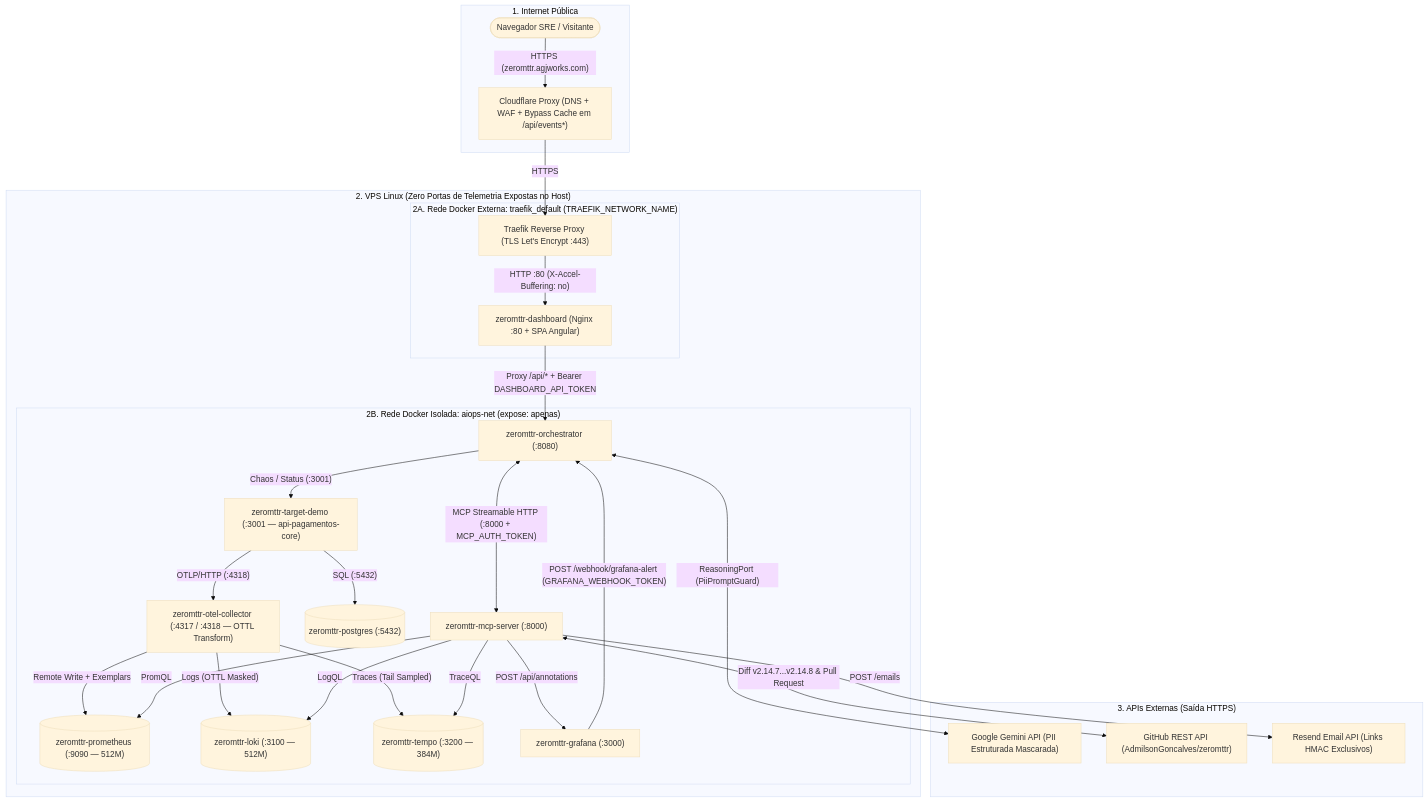
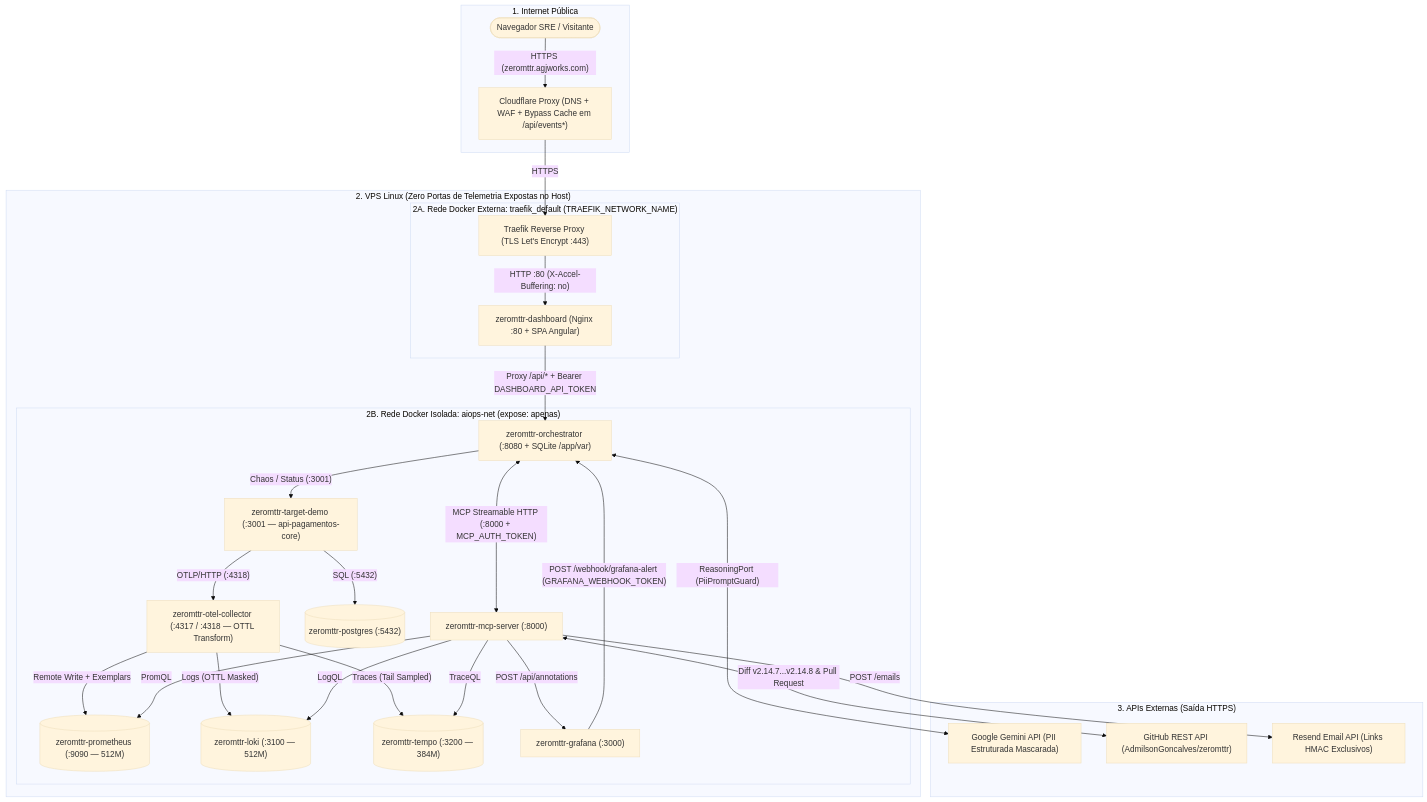
One commit to AdmilsonGoncalves/zeromttr changed the sixth of 6 diagrams in docs/pt-BR/01_system_diagrams.md. Above: the diagram before and after it, drawn with Mermaid (base theme). The commit also changed other lines of this file and 31 other files, not shown here.

First line of the commit message:
docs: sync READMEs, architecture, ADRs and tech specs in PT/EN/ES

````diff
--- a/docs/pt-BR/01_system_diagrams.md
+++ b/docs/pt-BR/01_system_diagrams.md
@@ -463,56 +481,56 @@
 ```mermaid
 flowchart TD
     subgraph Internet["1. Internet Pública"]
         USER(["Navegador SRE / Visitante"])
         CF["Cloudflare Proxy (DNS + WAF + Bypass Cache em /api/events*)"]
     end
 
     subgraph VPS["2. VPS Linux (Zero Portas de Telemetria Expostas no Host)"]
         subgraph Rede_Externa["2A. Rede Docker Externa: traefik_default (TRAEFIK_NETWORK_NAME)"]
             TRAEFIK["Traefik Reverse Proxy (TLS Let's Encrypt :443)"]
             DASH["zeromttr-dashboard (Nginx :80 + SPA Angular)"]
         end
 
         subgraph Rede_Interna["2B. Rede Docker Isolada: aiops-net (expose: apenas)"]
-            ORCH["zeromttr-orchestrator (:8080)"]
+            ORCH["zeromttr-orchestrator (:8080 + SQLite /app/var)"]
             MCP["zeromttr-mcp-server (:8000)"]
             DEMO["zeromttr-target-demo (:3001 — api-pagamentos-core)"]
             PG[("zeromttr-postgres (:5432)")]
             OTEL["zeromttr-otel-collector (:4317 / :4318 — OTTL Transform)"]
             PROM[("zeromttr-prometheus (:9090 — 512M)")]
             LOKI[("zeromttr-loki (:3100 — 512M)")]
             TEMPO[("zeromttr-tempo (:3200 — 384M)")]
             GRAF["zeromttr-grafana (:3000)"]
         end
     end
 
     subgraph Cloud_APIs["3. APIs Externas (Saída HTTPS)"]
         GEMINI["Google Gemini API (PII Estruturada Mascarada)"]
         GITHUB["GitHub REST API (AdmilsonGoncalves/zeromttr)"]
         RESEND["Resend Email API (Links HMAC Exclusivos)"]
     end
 
     USER -->|"HTTPS (zeromttr.agjworks.com)"| CF
     CF -->|"HTTPS"| TRAEFIK
     TRAEFIK -->|"HTTP :80 (X-Accel-Buffering: no)"| DASH
     DASH -->|"Proxy /api/* + Bearer DASHBOARD_API_TOKEN"| ORCH
 
     ORCH <-->|"MCP Streamable HTTP (:8000 + MCP_AUTH_TOKEN)"| MCP
     ORCH -->|"Chaos / Status (:3001)"| DEMO
     ORCH <-->|"ReasoningPort (PiiPromptGuard)"| GEMINI
     GRAF -->|"POST /webhook/grafana-alert (GRAFANA_WEBHOOK_TOKEN)"| ORCH
 
     DEMO -->|"SQL (:5432)"| PG
     DEMO -->|"OTLP/HTTP (:4318)"| OTEL
 
     OTEL -->|"Remote Write + Exemplars"| PROM
     OTEL -->|"Logs (OTTL Masked)"| LOKI
     OTEL -->|"Traces (Tail Sampled)"| TEMPO
 
     MCP -->|"PromQL"| PROM
     MCP -->|"LogQL"| LOKI
     MCP -->|"TraceQL"| TEMPO
     MCP -->|"POST /api/annotations"| GRAF
     MCP <-->|"Diff v2.14.7...v2.14.8 & Pull Request"| GITHUB
     MCP -->|"POST /emails"| RESEND
 ```
````
